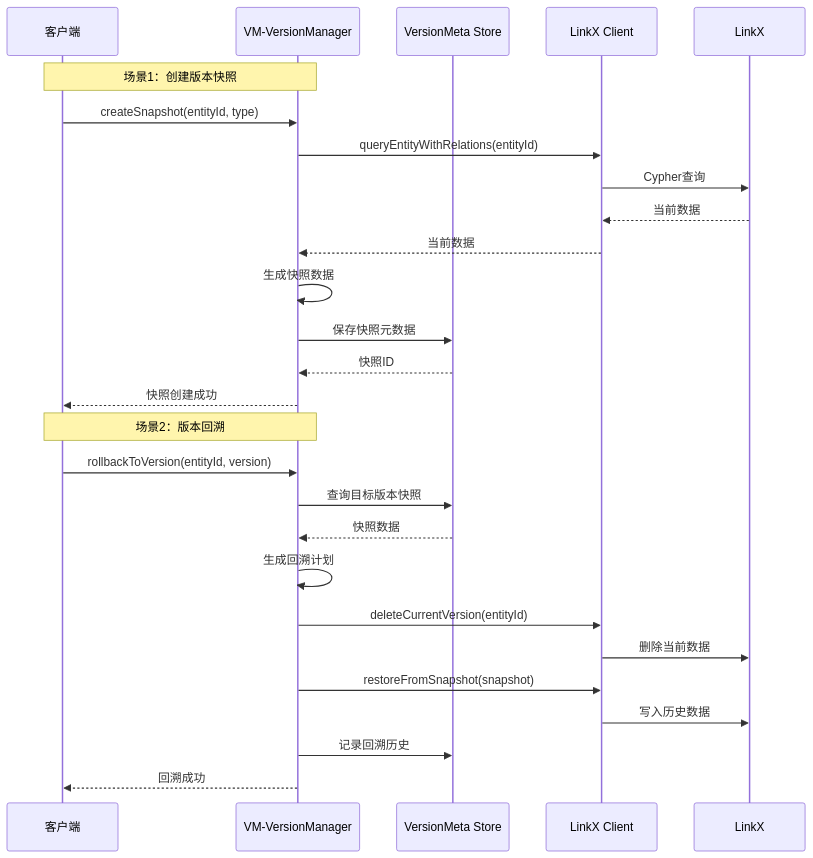
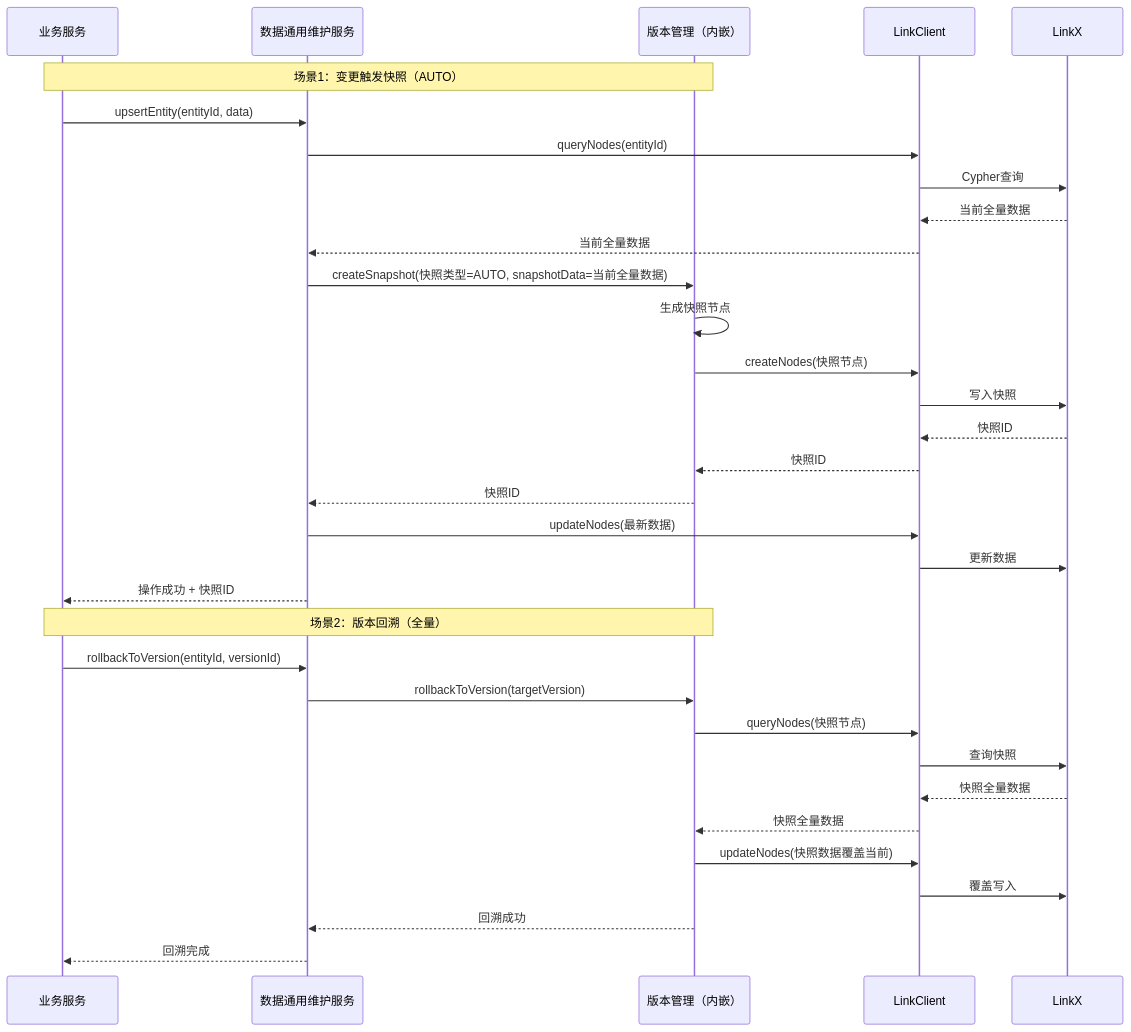
One commit to goflyboy/digitalproduct changed the fourth of 13 diagrams in docs/数字产品系统架构设计说明书.md. Above: the diagram before and after it, drawn with Mermaid. The commit also changed other lines of this file and 3 other files, not shown here.

````diff
--- a/docs/数字产品系统架构设计说明书.md
+++ b/docs/数字产品系统架构设计说明书.md
@@ -1764,31 +2204,37 @@
 ```mermaid
 sequenceDiagram
-    participant Client as 客户端
-    participant VM as VM-VersionManager
-    participant VMS as VersionMeta Store
-    participant LC as LinkX Client
+    participant Client as 业务服务
+    participant MS as 数据通用维护服务
+    participant VM as 版本管理（内嵌）
+    participant LC as LinkClient
     participant LNK as LinkX
 
-    Note over Client,VM: 场景1：创建版本快照
-    Client->>VM: createSnapshot(entityId, type)
-    VM->>LC: queryEntityWithRelations(entityId)
+    Note over Client,VM: 场景1：变更触发快照（AUTO）
+    Client->>MS: upsertEntity(entityId, data)
+    MS->>LC: queryNodes(entityId)
     LC->>LNK: Cypher查询
-    LNK-->>LC: 当前数据
-    LC-->>VM: 当前数据
-    VM->>VM: 生成快照数据
-    VM->>VMS: 保存快照元数据
-    VMS-->>VM: 快照ID
-    VM-->>Client: 快照创建成功
+    LNK-->>LC: 当前全量数据
+    LC-->>MS: 当前全量数据
+    MS->>VM: createSnapshot(快照类型=AUTO, snapshotData=当前全量数据)
+    VM->>VM: 生成快照节点
+    VM->>LC: createNodes(快照节点)
+    LC->>LNK: 写入快照
+    LNK-->>LC: 快照ID
+    LC-->>VM: 快照ID
+    VM-->>MS: 快照ID
+    MS->>LC: updateNodes(最新数据)
+    LC->>LNK: 更新数据
+    MS-->>Client: 操作成功 + 快照ID
 
-    Note over Client,VM: 场景2：版本回溯
-    Client->>VM: rollbackToVersion(entityId, version)
-    VM->>VMS: 查询目标版本快照
-    VMS-->>VM: 快照数据
-    VM->>VM: 生成回溯计划
-    VM->>LC: deleteCurrentVersion(entityId)
-    LC->>LNK: 删除当前数据
-    VM->>LC: restoreFromSnapshot(snapshot)
-    LC->>LNK: 写入历史数据
-    VM->>VMS: 记录回溯历史
-    VM-->>Client: 回溯成功
+    Note over Client,VM: 场景2：版本回溯（全量）
+    Client->>MS: rollbackToVersion(entityId, versionId)
+    MS->>VM: rollbackToVersion(targetVersion)
+    VM->>LC: queryNodes(快照节点)
+    LC->>LNK: 查询快照
+    LNK-->>LC: 快照全量数据
+    LC-->>VM: 快照全量数据
+    VM->>LC: updateNodes(快照数据覆盖当前)
+    LC->>LNK: 覆盖写入
+    VM-->>MS: 回溯成功
+    MS-->>Client: 回溯完成
 ```
````
